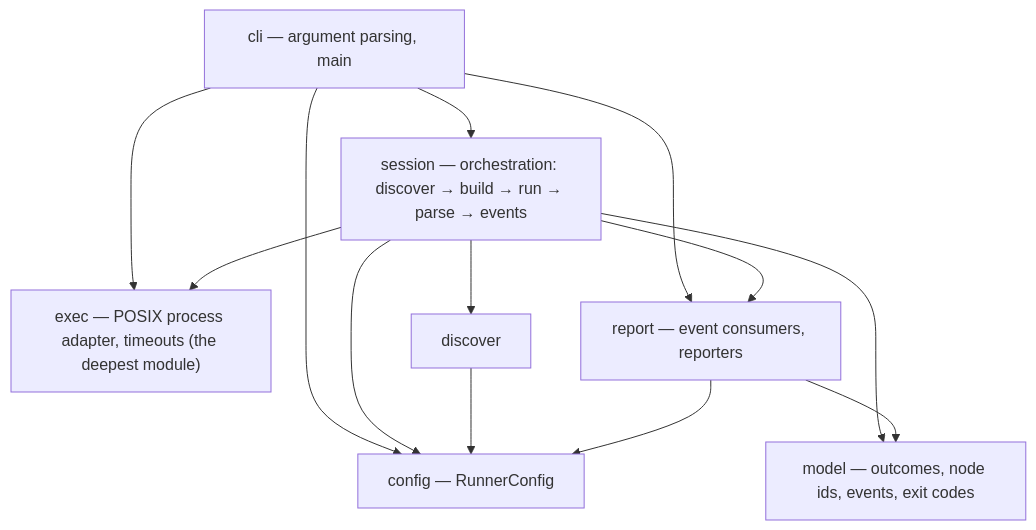
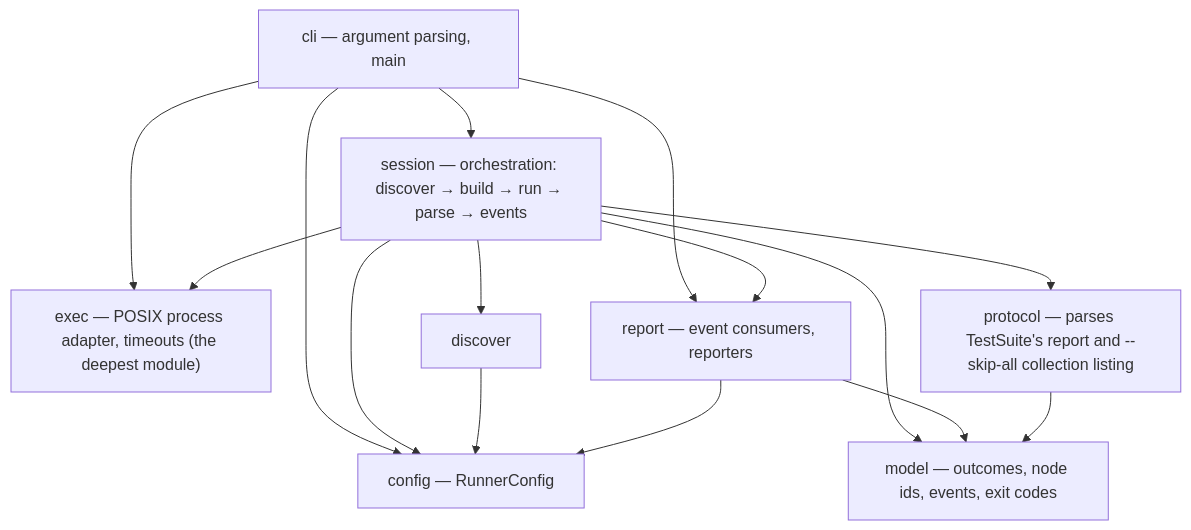
One commit to mikeleppane/mtest changed the diagram in README.md. Above: the diagram before and after it, drawn with Mermaid. The commit also changed other lines of this file, not shown here.

````diff
--- a/README.md
+++ b/README.md
@@ -293,23 +496,26 @@
 ```mermaid
 flowchart TD
     cli["cli — argument parsing, main"]
     session["session — orchestration: discover → build → run → parse → events"]
     exec["exec — POSIX process adapter, timeouts (the deepest module)"]
     discover["discover"]
+    protocol["protocol — parses TestSuite's report and --skip-all collection listing"]
     report["report — event consumers, reporters"]
     config["config — RunnerConfig"]
     model["model — outcomes, node ids, events, exit codes"]
 
     cli --> config
     cli --> exec
     cli --> report
     cli --> session
     session --> discover
     session --> exec
     session --> report
     session --> model
     session --> config
+    session --> protocol
     discover --> config
     report --> config
     report --> model
+    protocol --> model
 ```
````
